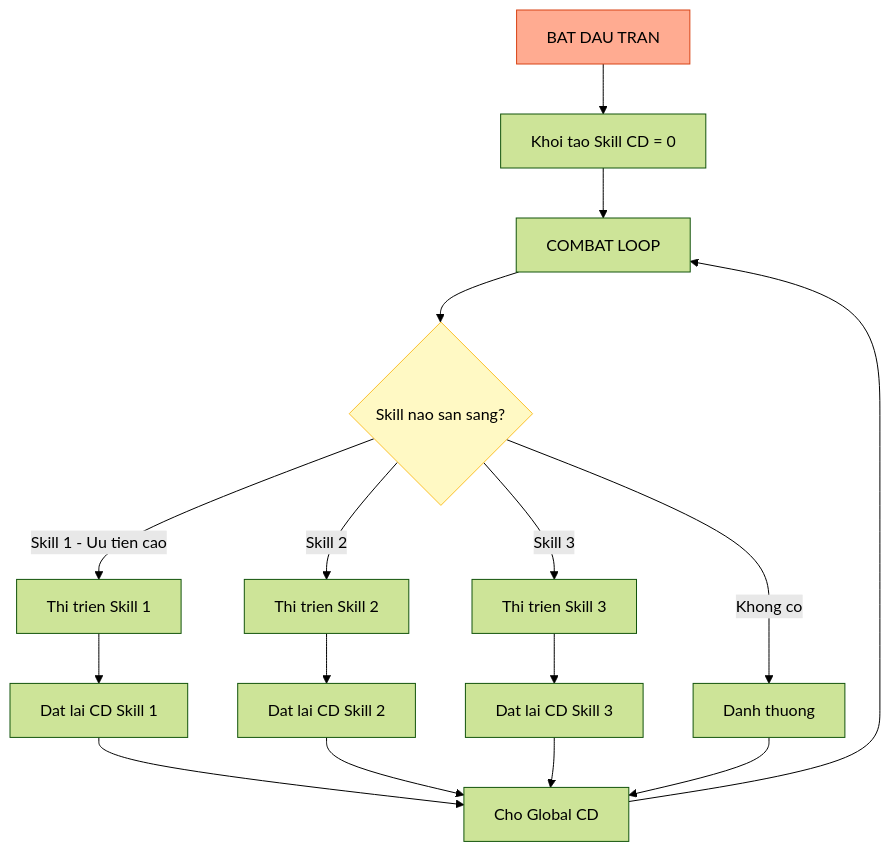
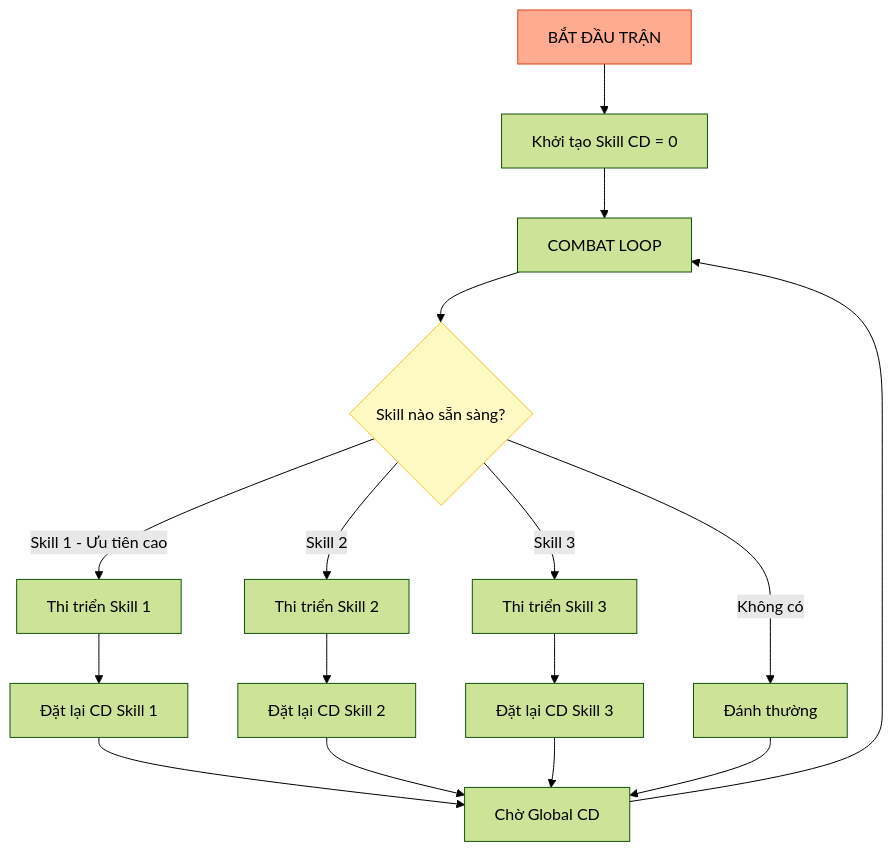
One commit to luantran-working/idlegame-designdocs changed the diagram in docs/he-thong-ky-nang.md. Above: the diagram before and after it, drawn with Mermaid (forest theme). The commit also changed 16 other files, not shown here.

Commit message:
feat: Introduce extensive game design documentation covering game systems, UI, and roadmap, and enable Mermaid diagram support in Docusaurus.

````diff
--- a/docs/he-thong-ky-nang.md
+++ b/docs/he-thong-ky-nang.md
@@ -161,27 +161,27 @@
 ```mermaid
 flowchart TD
-    Start["BAT DAU TRAN"] --> Init["Khoi tao Skill CD = 0"]
+    Start["BẮT ĐẦU TRẬN"] --> Init["Khởi tạo Skill CD = 0"]
 
     Init --> Loop["COMBAT LOOP"]
 
-    Loop --> Check{"Skill nao san sang?"}
+    Loop --> Check{"Skill nào sẵn sàng?"}
 
-    Check -->|"Skill 1 - Uu tien cao"| Cast1["Thi trien Skill 1"]
-    Check -->|"Skill 2"| Cast2["Thi trien Skill 2"]
-    Check -->|"Skill 3"| Cast3["Thi trien Skill 3"]
-    Check -->|"Khong co"| Auto["Danh thuong"]
+    Check -->|"Skill 1 - Ưu tiên cao"| Cast1["Thi triển Skill 1"]
+    Check -->|"Skill 2"| Cast2["Thi triển Skill 2"]
+    Check -->|"Skill 3"| Cast3["Thi triển Skill 3"]
+    Check -->|"Không có"| Auto["Đánh thường"]
 
-    Cast1 --> Reset1["Dat lai CD Skill 1"]
-    Cast2 --> Reset2["Dat lai CD Skill 2"]
-    Cast3 --> Reset3["Dat lai CD Skill 3"]
+    Cast1 --> Reset1["Đặt lại CD Skill 1"]
+    Cast2 --> Reset2["Đặt lại CD Skill 2"]
+    Cast3 --> Reset3["Đặt lại CD Skill 3"]
 
-    Reset1 --> Wait["Cho Global CD"]
+    Reset1 --> Wait["Chờ Global CD"]
     Reset2 --> Wait
     Reset3 --> Wait
     Auto --> Wait
 
     Wait --> Loop
 
     style Start fill:#ffab91,stroke:#d84315
     style Check fill:#fff9c4,stroke:#fbc02d
 ```
````
